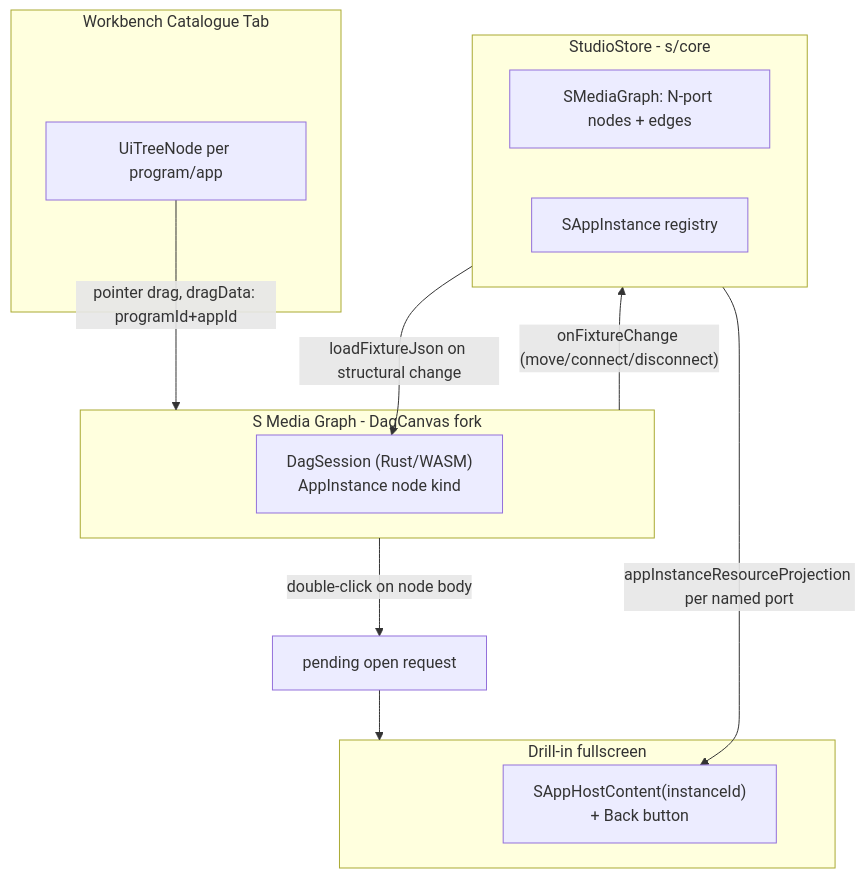
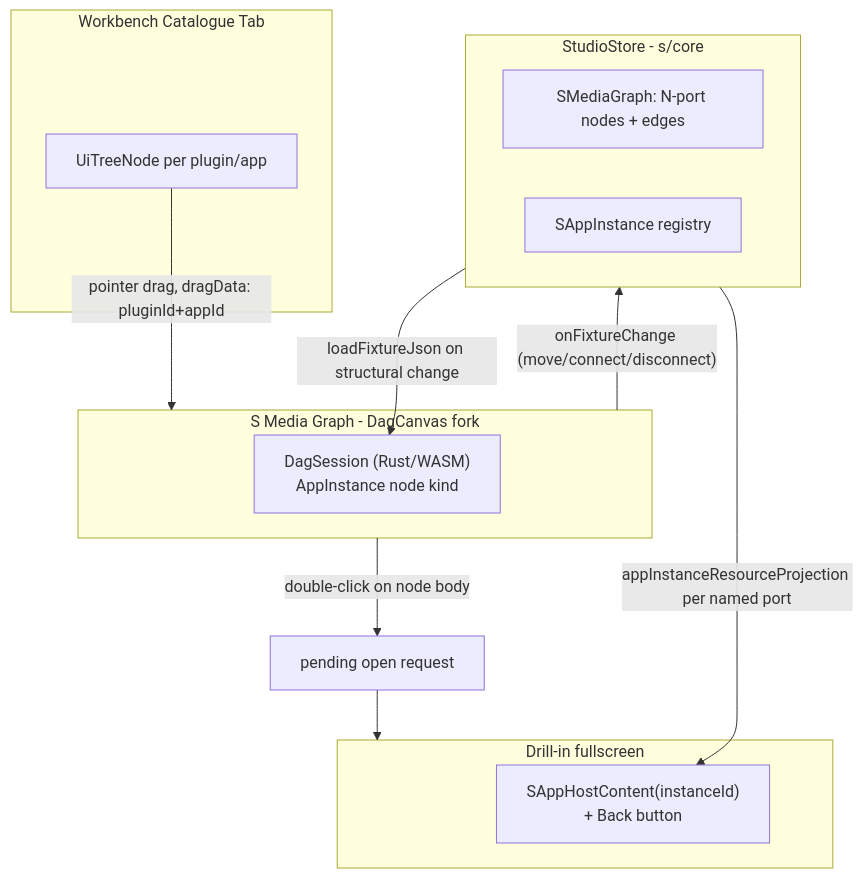
Before and after one commit to usalu/semio: the diagram in .cursor/plans/s_master_platform_media_graph_0bd50ee1.plan.md, drawn with Mermaid. The commit also changed other lines of this file and 663 other files, not shown here.

````diff
--- a/.cursor/plans/s_master_platform_media_graph_0bd50ee1.plan.md
+++ b/.cursor/plans/s_master_platform_media_graph_0bd50ee1.plan.md
@@ -44,22 +44,22 @@
 ```mermaid
 flowchart TB
     subgraph workbench [Workbench Catalogue Tab]
-        catTree[UiTreeNode per program/app]
+        catTree[UiTreeNode per plugin/app]
     end
-    catTree -- "pointer drag, dragData: programId+appId" --> canvas
+    catTree -- "pointer drag, dragData: pluginId+appId" --> canvas
     subgraph canvas [S Media Graph - DagCanvas fork]
         dagSession["DagSession (Rust/WASM)\nAppInstance node kind"]
     end
     canvas -- "onFixtureChange (move/connect/disconnect)" --> studio
     canvas -- "double-click on node body" --> openReq[pending open request]
     openReq --> focus
     subgraph studio [StudioStore - s/core]
         mediaGraph[SMediaGraph: N-port nodes + edges]
         appInstances[SAppInstance registry]
     end
     studio -- "loadFixtureJson on structural change" --> dagSession
     subgraph focus [Drill-in fullscreen]
         appHost["SAppHostContent(instanceId)\n+ Back button"]
     end
     studio -- "appInstanceResourceProjection per named port" --> appHost
 ```
````
